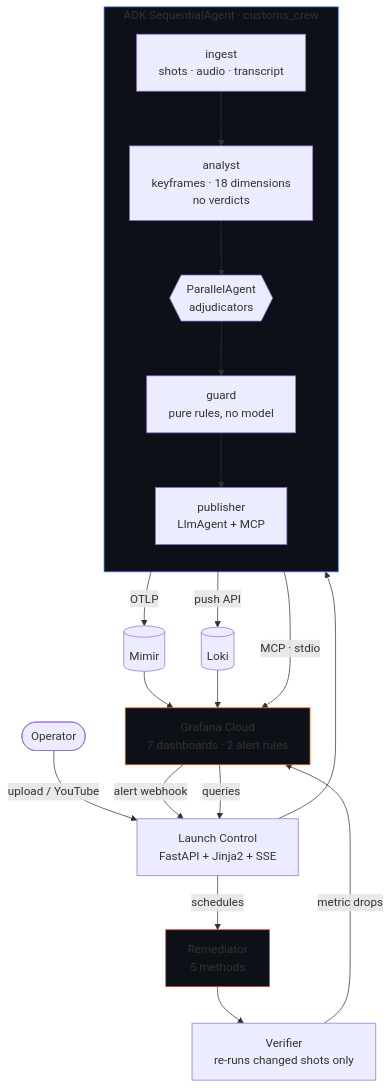
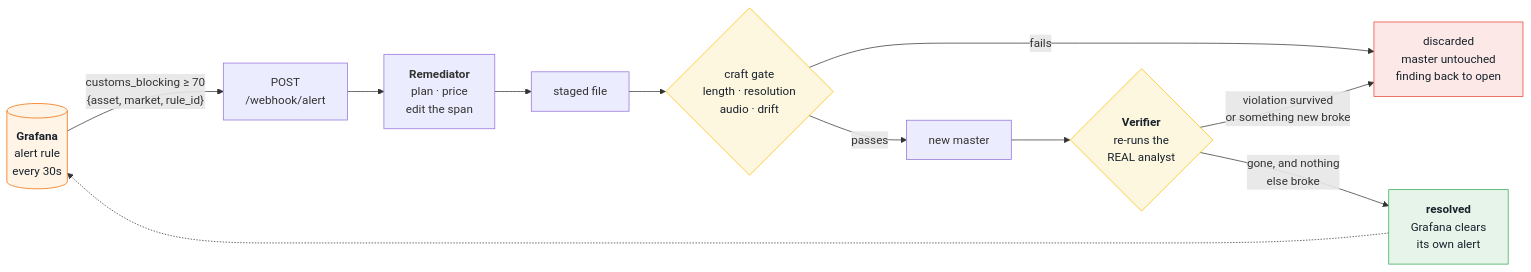
Before and after one commit to tdries/devpost-hackathon-agentic-cinema: the second of 2 diagrams in README.md, drawn with Mermaid. The commit also changed other lines of this file and 27 other files, not shown here.

````diff
--- a/README.md
+++ b/README.md
@@ -282,29 +283,19 @@
 ```mermaid
-flowchart TB
-    U([Operator]) -->|upload / YouTube| APP[Launch Control<br/>FastAPI + Jinja2 + SSE]
-    APP --> CREW
+flowchart LR
+    G[("<b>Grafana</b><br/>alert rule<br/>every 30s")] -- "customs_blocking ≥ 70<br/>{asset, market, rule_id}" --> WH["POST<br/>/webhook/alert"]
+    WH --> REM["<b>Remediator</b><br/>plan · price<br/>edit the span"]
+    REM --> S["staged file"]
+    S --> C{"craft gate<br/>length · resolution<br/>audio · drift"}
+    C -- "fails" --> X["discarded<br/>master untouched<br/>finding back to open"]
+    C -- "passes" --> M["new master"]
+    M --> V{"<b>Verifier</b><br/>re-runs the<br/>REAL analyst"}
+    V -- "violation survived<br/>or something new broke" --> X
+    V -- "gone, and nothing<br/>else broke" --> R["<b>resolved</b><br/>Grafana clears<br/>its own alert"]
+    R -.-> G
 
-    subgraph CREW["ADK SequentialAgent · customs_crew"]
-        direction TB
-        I[ingest<br/>shots · audio · transcript] --> A[analyst<br/>keyframes · 18 dimensions<br/>no verdicts]
-        A --> P{{ParallelAgent<br/>adjudicators}}
-        P --> G[guard<br/>pure rules, no model]
-        G --> PUB[publisher<br/>LlmAgent + MCP]
-    end
-
-    PUB -->|OTLP| MIMIR[(Mimir)]
-    PUB -->|push API| LOKI[(Loki)]
-    PUB -->|MCP · stdio| GRAF[Grafana Cloud<br/>7 dashboards · 2 alert rules]
-    MIMIR --> GRAF
-    LOKI --> GRAF
-
-    GRAF -->|alert webhook| APP
-    APP -->|schedules| REM[Remediator<br/>5 methods]
-    REM --> VER[Verifier<br/>re-runs changed shots only]
-    VER -->|metric drops| GRAF
-    GRAF -->|queries| APP
-
-    style CREW fill:#0d1117,stroke:#4285F4
-    style GRAF fill:#0d1117,stroke:#F46800
-    style REM fill:#0d1117,stroke:#EA4335
+    style G fill:#fff4e5,stroke:#F46800,color:#17222c
+    style C fill:#fef7e0,stroke:#FBBC05,color:#17222c
+    style V fill:#fef7e0,stroke:#FBBC05,color:#17222c
+    style X fill:#fce8e6,stroke:#EA4335,color:#17222c
+    style R fill:#e6f4ea,stroke:#34A853,color:#17222c
 ```
````
